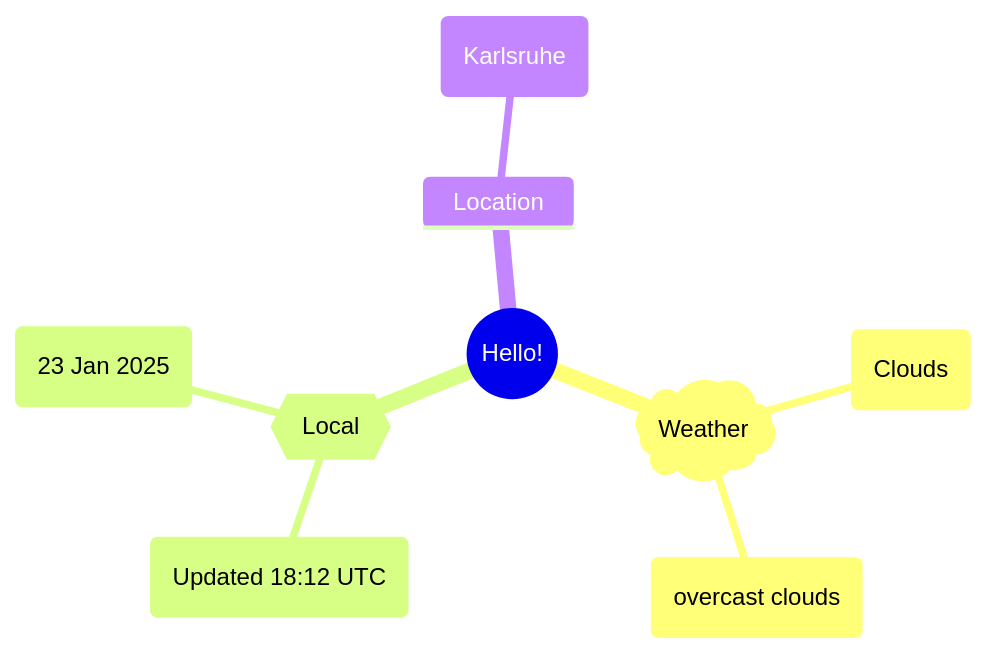
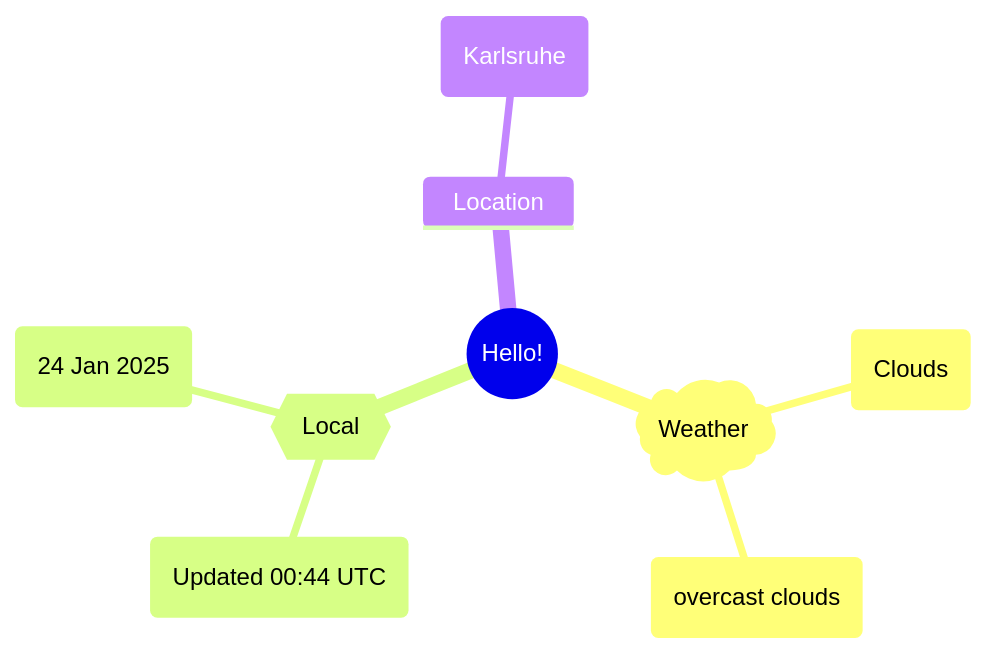
One commit to Xosrov/Xosrov changed the first of 2 diagrams in README.md. Above: the diagram before and after it, drawn with Mermaid.

Commit message:
[bot] updated images

````diff
--- a/README.md
+++ b/README.md
@@ -3,12 +3,12 @@
 ```mermaid
 mindmap
   root((Hello!))
     )Weather(
         (Clouds)
         (overcast clouds)
     {{Local}}
-        (Updated 18:12 UTC)
-        (23 Jan 2025)
+        (Updated 00:44 UTC)
+        (24 Jan 2025)
     Location
         (Karlsruhe)
 ```
````
